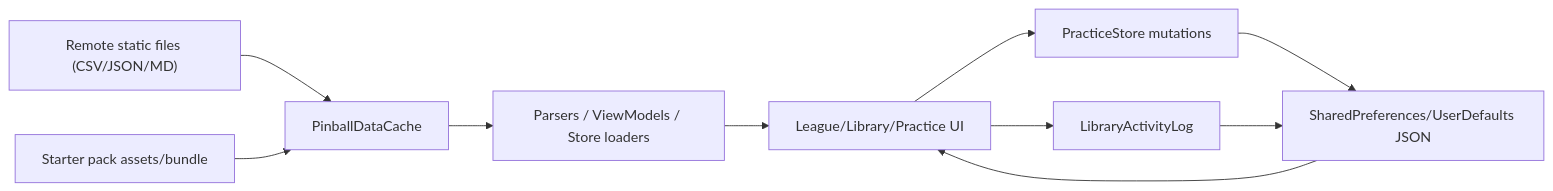
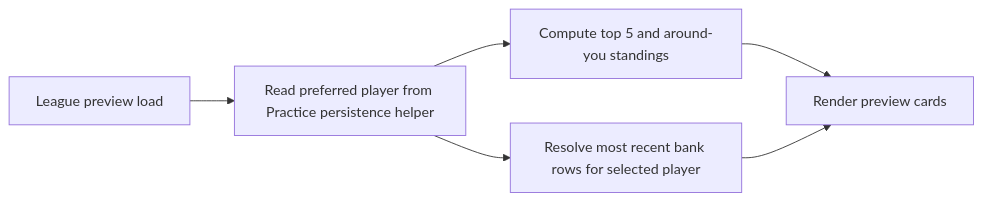
One commit to pillyliu/Pinball-App changed the fourth of 4 diagrams in Pinball_App_Architecture_Blueprint.md. Above: the diagram before and after it, drawn with Mermaid. The commit also changed other lines of this file and 3 other files, not shown here.

Commit message:
docs(architecture): refresh full blueprint and regenerate print-layout pdf

````diff
--- a/Pinball_App_Architecture_Blueprint.md
+++ b/Pinball_App_Architecture_Blueprint.md
@@ -607,12 +233,8 @@
 ```mermaid
 flowchart LR
-    REM["Remote static files (CSV/JSON/MD)"] --> CACHE["PinballDataCache"]
-    START["Starter pack assets/bundle"] --> CACHE
-    CACHE --> PARSE["Parsers / ViewModels / Store loaders"]
-    PARSE --> UI["League/Library/Practice UI"]
-    UI --> STORE["PracticeStore mutations"]
-    STORE --> PERSIST["SharedPreferences/UserDefaults JSON"]
-    UI --> ACT["LibraryActivityLog"]
-    ACT --> PERSIST
-    PERSIST --> UI
+    LP["League preview load"] --> PREF["Read preferred player from Practice persistence helper"]
+    PREF --> STAND["Compute top 5 and around-you standings"]
+    PREF --> STATS["Resolve most recent bank rows for selected player"]
+    STAND --> UI["Render preview cards"]
+    STATS --> UI
 ```
````
